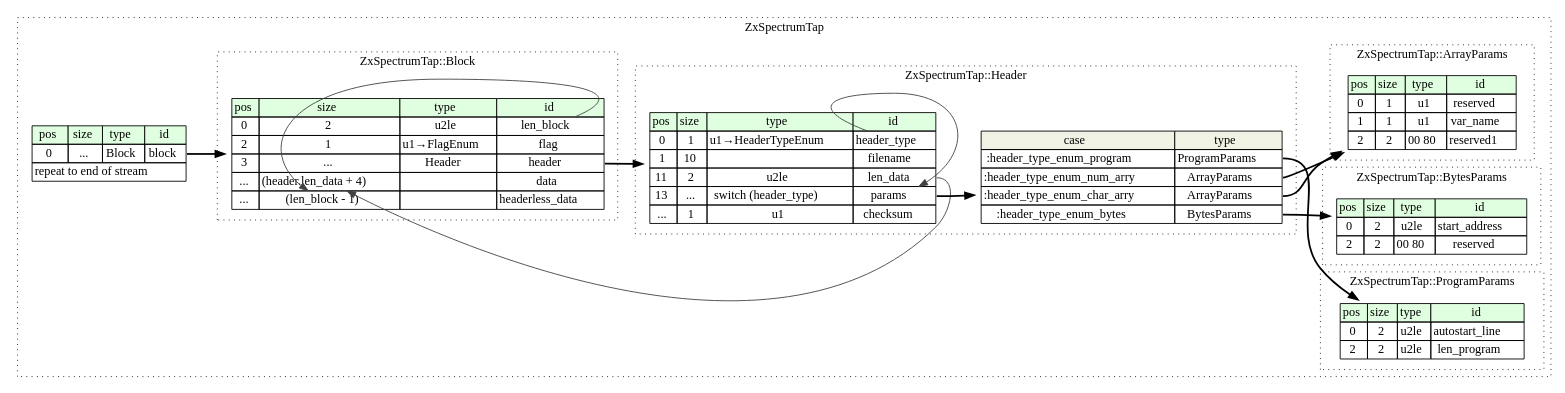
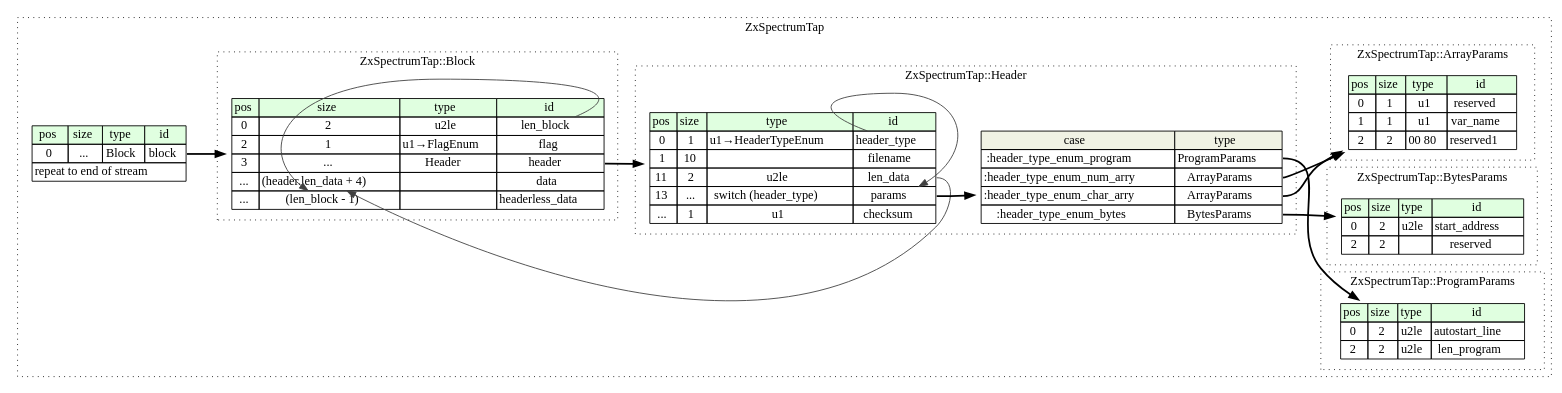
The diagram in zx_spectrum_tap/src/graphviz/zx_spectrum_tap.dot (kaitai-io/formats-kaitai-io.github.io), drawn with Graphviz before and after one commit. The commit also changed 29 other files, not shown here.

```diff
--- a/zx_spectrum_tap/src/graphviz/zx_spectrum_tap.dot
+++ b/zx_spectrum_tap/src/graphviz/zx_spectrum_tap.dot
@@ -1,88 +1,88 @@
 digraph {
 	rankdir=LR;
 	node [shape=plaintext];
 	subgraph cluster__zx_spectrum_tap {
 		label="ZxSpectrumTap";
 		graph[style=dotted];
 
 		zx_spectrum_tap__seq [label=<<TABLE BORDER="0" CELLBORDER="1" CELLSPACING="0">
 			<TR><TD BGCOLOR="#E0FFE0">pos</TD><TD BGCOLOR="#E0FFE0">size</TD><TD BGCOLOR="#E0FFE0">type</TD><TD BGCOLOR="#E0FFE0">id</TD></TR>
 			<TR><TD PORT="block_pos">0</TD><TD PORT="block_size">...</TD><TD>Block</TD><TD PORT="block_type">block</TD></TR>
 			<TR><TD COLSPAN="4" PORT="block__repeat">repeat to end of stream</TD></TR>
 		</TABLE>>];
 		subgraph cluster__block {
 			label="ZxSpectrumTap::Block";
 			graph[style=dotted];
 
 			block__seq [label=<<TABLE BORDER="0" CELLBORDER="1" CELLSPACING="0">
 				<TR><TD BGCOLOR="#E0FFE0">pos</TD><TD BGCOLOR="#E0FFE0">size</TD><TD BGCOLOR="#E0FFE0">type</TD><TD BGCOLOR="#E0FFE0">id</TD></TR>
 				<TR><TD PORT="len_block_pos">0</TD><TD PORT="len_block_size">2</TD><TD>u2le</TD><TD PORT="len_block_type">len_block</TD></TR>
 				<TR><TD PORT="flag_pos">2</TD><TD PORT="flag_size">1</TD><TD>u1→FlagEnum</TD><TD PORT="flag_type">flag</TD></TR>
 				<TR><TD PORT="header_pos">3</TD><TD PORT="header_size">...</TD><TD>Header</TD><TD PORT="header_type">header</TD></TR>
 				<TR><TD PORT="data_pos">...</TD><TD PORT="data_size">(header.len_data + 4)</TD><TD></TD><TD PORT="data_type">data</TD></TR>
 				<TR><TD PORT="headerless_data_pos">...</TD><TD PORT="headerless_data_size">(len_block - 1)</TD><TD></TD><TD PORT="headerless_data_type">headerless_data</TD></TR>
 			</TABLE>>];
 		}
 		subgraph cluster__program_params {
 			label="ZxSpectrumTap::ProgramParams";
 			graph[style=dotted];
 
 			program_params__seq [label=<<TABLE BORDER="0" CELLBORDER="1" CELLSPACING="0">
 				<TR><TD BGCOLOR="#E0FFE0">pos</TD><TD BGCOLOR="#E0FFE0">size</TD><TD BGCOLOR="#E0FFE0">type</TD><TD BGCOLOR="#E0FFE0">id</TD></TR>
 				<TR><TD PORT="autostart_line_pos">0</TD><TD PORT="autostart_line_size">2</TD><TD>u2le</TD><TD PORT="autostart_line_type">autostart_line</TD></TR>
 				<TR><TD PORT="len_program_pos">2</TD><TD PORT="len_program_size">2</TD><TD>u2le</TD><TD PORT="len_program_type">len_program</TD></TR>
 			</TABLE>>];
 		}
 		subgraph cluster__bytes_params {
 			label="ZxSpectrumTap::BytesParams";
 			graph[style=dotted];
 
 			bytes_params__seq [label=<<TABLE BORDER="0" CELLBORDER="1" CELLSPACING="0">
 				<TR><TD BGCOLOR="#E0FFE0">pos</TD><TD BGCOLOR="#E0FFE0">size</TD><TD BGCOLOR="#E0FFE0">type</TD><TD BGCOLOR="#E0FFE0">id</TD></TR>
 				<TR><TD PORT="start_address_pos">0</TD><TD PORT="start_address_size">2</TD><TD>u2le</TD><TD PORT="start_address_type">start_address</TD></TR>
-				<TR><TD PORT="reserved_pos">2</TD><TD PORT="reserved_size">2</TD><TD>00 80</TD><TD PORT="reserved_type">reserved</TD></TR>
+				<TR><TD PORT="reserved_pos">2</TD><TD PORT="reserved_size">2</TD><TD></TD><TD PORT="reserved_type">reserved</TD></TR>
 			</TABLE>>];
 		}
 		subgraph cluster__header {
 			label="ZxSpectrumTap::Header";
 			graph[style=dotted];
 
 			header__seq [label=<<TABLE BORDER="0" CELLBORDER="1" CELLSPACING="0">
 				<TR><TD BGCOLOR="#E0FFE0">pos</TD><TD BGCOLOR="#E0FFE0">size</TD><TD BGCOLOR="#E0FFE0">type</TD><TD BGCOLOR="#E0FFE0">id</TD></TR>
 				<TR><TD PORT="header_type_pos">0</TD><TD PORT="header_type_size">1</TD><TD>u1→HeaderTypeEnum</TD><TD PORT="header_type_type">header_type</TD></TR>
 				<TR><TD PORT="filename_pos">1</TD><TD PORT="filename_size">10</TD><TD></TD><TD PORT="filename_type">filename</TD></TR>
 				<TR><TD PORT="len_data_pos">11</TD><TD PORT="len_data_size">2</TD><TD>u2le</TD><TD PORT="len_data_type">len_data</TD></TR>
 				<TR><TD PORT="params_pos">13</TD><TD PORT="params_size">...</TD><TD>switch (header_type)</TD><TD PORT="params_type">params</TD></TR>
 				<TR><TD PORT="checksum_pos">...</TD><TD PORT="checksum_size">1</TD><TD>u1</TD><TD PORT="checksum_type">checksum</TD></TR>
 			</TABLE>>];
 header__seq_params_switch [label=<<TABLE BORDER="0" CELLBORDER="1" CELLSPACING="0">
 	<TR><TD BGCOLOR="#F0F2E4">case</TD><TD BGCOLOR="#F0F2E4">type</TD></TR>
 	<TR><TD>:header_type_enum_program</TD><TD PORT="case0">ProgramParams</TD></TR>
 	<TR><TD>:header_type_enum_num_arry</TD><TD PORT="case1">ArrayParams</TD></TR>
 	<TR><TD>:header_type_enum_char_arry</TD><TD PORT="case2">ArrayParams</TD></TR>
 	<TR><TD>:header_type_enum_bytes</TD><TD PORT="case3">BytesParams</TD></TR>
 </TABLE>>];
 		}
 		subgraph cluster__array_params {
 			label="ZxSpectrumTap::ArrayParams";
 			graph[style=dotted];
 
 			array_params__seq [label=<<TABLE BORDER="0" CELLBORDER="1" CELLSPACING="0">
 				<TR><TD BGCOLOR="#E0FFE0">pos</TD><TD BGCOLOR="#E0FFE0">size</TD><TD BGCOLOR="#E0FFE0">type</TD><TD BGCOLOR="#E0FFE0">id</TD></TR>
 				<TR><TD PORT="reserved_pos">0</TD><TD PORT="reserved_size">1</TD><TD>u1</TD><TD PORT="reserved_type">reserved</TD></TR>
 				<TR><TD PORT="var_name_pos">1</TD><TD PORT="var_name_size">1</TD><TD>u1</TD><TD PORT="var_name_type">var_name</TD></TR>
 				<TR><TD PORT="reserved1_pos">2</TD><TD PORT="reserved1_size">2</TD><TD>00 80</TD><TD PORT="reserved1_type">reserved1</TD></TR>
 			</TABLE>>];
 		}
 	}
 	zx_spectrum_tap__seq:block_type -> block__seq [style=bold];
 	block__seq:header_type -> header__seq [style=bold];
 	header__seq:len_data_type -> block__seq:data_size [color="#404040"];
 	block__seq:len_block_type -> block__seq:headerless_data_size [color="#404040"];
 	header__seq:params_type -> header__seq_params_switch [style=bold];
 	header__seq_params_switch:case0 -> program_params__seq [style=bold];
 	header__seq_params_switch:case1 -> array_params__seq [style=bold];
 	header__seq_params_switch:case2 -> array_params__seq [style=bold];
 	header__seq_params_switch:case3 -> bytes_params__seq [style=bold];
 	header__seq:header_type_type -> header__seq:params_type [color="#404040"];
 }
```
